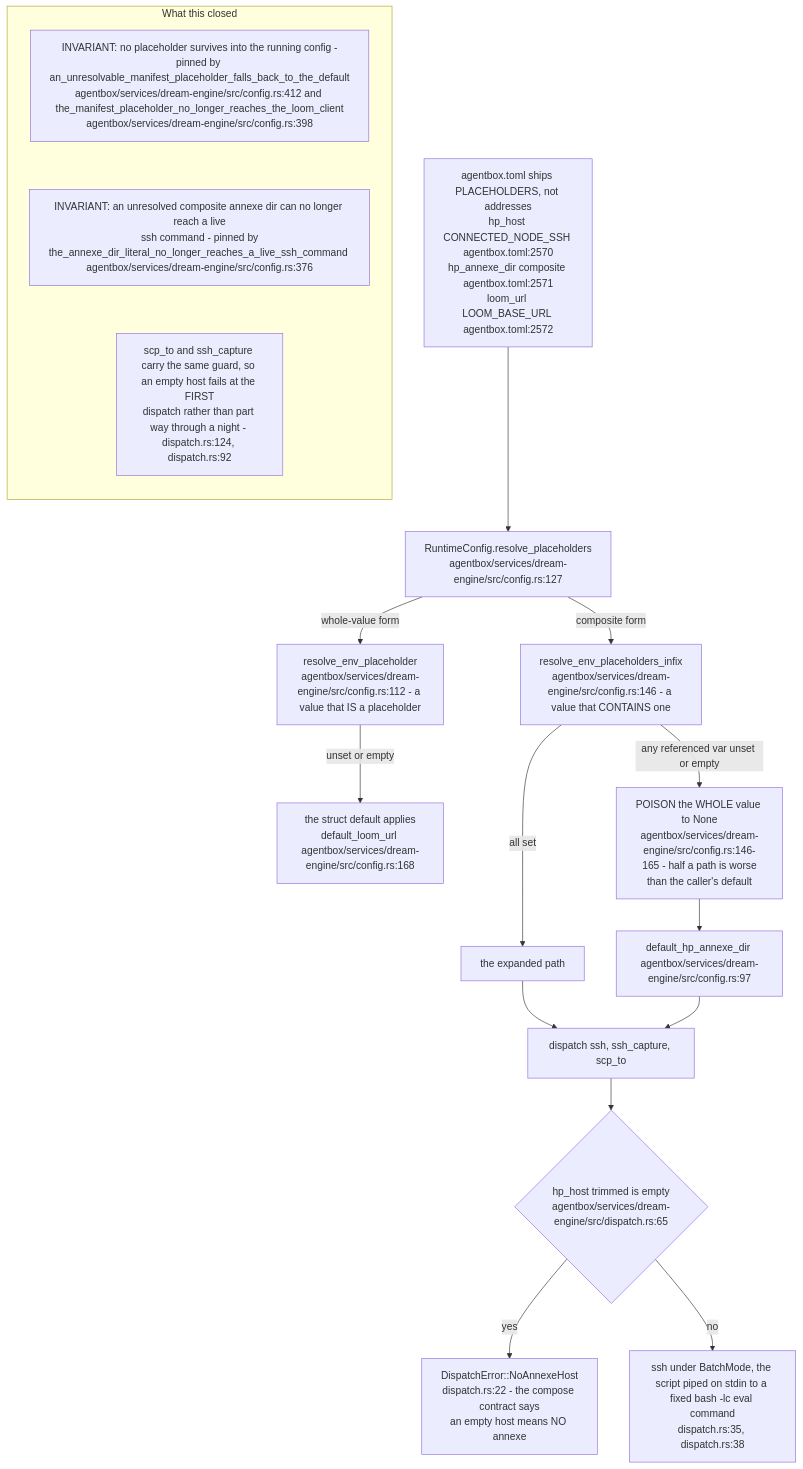
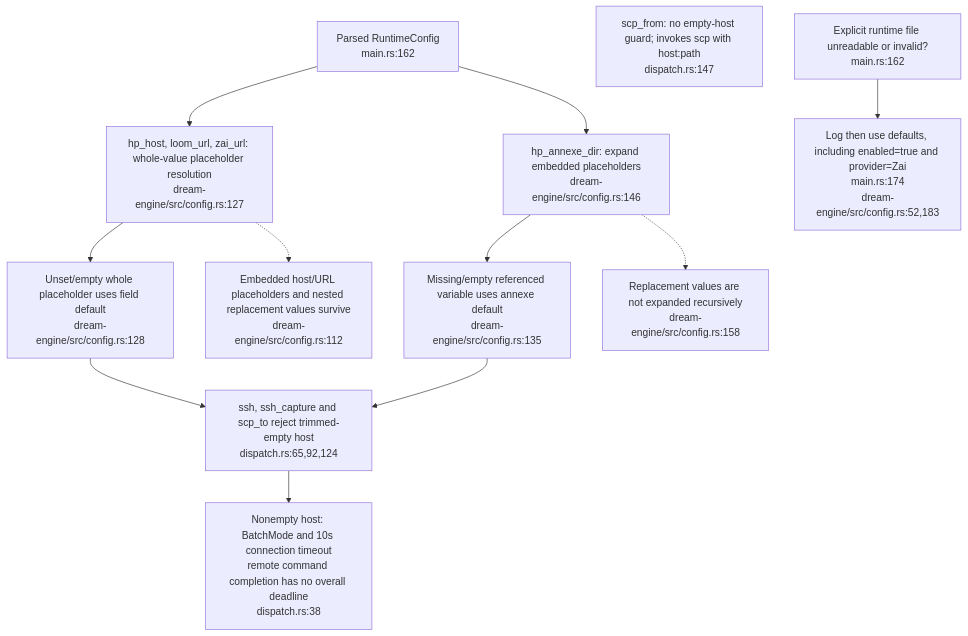
Diagram 16 of 22 in docs/diagrams/agentbox/23-dream-engine.md (DreamLab-AI/VisionFlow), drawn with Mermaid before and after one commit. The commit also changed other lines of this file and 22 other files, not shown here.

Commit message:
docs: audit dream adapter controls and provider fallback

````diff
--- a/docs/diagrams/agentbox/23-dream-engine.md
+++ b/docs/diagrams/agentbox/23-dream-engine.md
@@ -772,23 +668,16 @@
 ```mermaid
 flowchart TB
-    TOML["agentbox.toml ships PLACEHOLDERS, not addresses<br/>hp_host CONNECTED_NODE_SSH agentbox.toml:2570<br/>hp_annexe_dir composite agentbox.toml:2571<br/>loom_url LOOM_BASE_URL agentbox.toml:2572"]
-    TOML --> RP["RuntimeConfig.resolve_placeholders<br/>agentbox/services/dream-engine/src/config.rs:127"]
-    RP -->|"whole-value form"| W["resolve_env_placeholder<br/>agentbox/services/dream-engine/src/config.rs:112 - a value that IS a placeholder"]
-    RP -->|"composite form"| I["resolve_env_placeholders_infix<br/>agentbox/services/dream-engine/src/config.rs:146 - a value that CONTAINS one"]
-    W -->|"unset or empty"| D1["the struct default applies<br/>default_loom_url agentbox/services/dream-engine/src/config.rs:168"]
-    I -->|"any referenced var unset or empty"| D2["POISON the WHOLE value to None<br/>agentbox/services/dream-engine/src/config.rs:146-165 - half a path is worse<br/>than the caller's default"]
-    D2 --> D3["default_hp_annexe_dir agentbox/services/dream-engine/src/config.rs:97"]
-    I -->|"all set"| OK["the expanded path"]
-    OK --> DISP["dispatch ssh, ssh_capture, scp_to"]
-    D3 --> DISP
-    DISP --> GUARD{"hp_host trimmed is empty<br/>agentbox/services/dream-engine/src/dispatch.rs:65"}
-    GUARD -->|"yes"| NAH["DispatchError::NoAnnexeHost<br/>dispatch.rs:22 - the compose contract says<br/>an empty host means NO annexe"]
-    GUARD -->|"no"| SSH["ssh under BatchMode, the script piped on stdin to a fixed bash -lc eval command<br/>dispatch.rs:35, dispatch.rs:38"]
-    subgraph notes["What this closed"]
-        direction TB
-        N1["INVARIANT: no placeholder survives into the running config -<br/>pinned by an_unresolvable_manifest_placeholder_falls_back_to_the_default<br/>agentbox/services/dream-engine/src/config.rs:412 and the_manifest_placeholder_no_longer_reaches_the_loom_client<br/>agentbox/services/dream-engine/src/config.rs:398"]
-        N2["INVARIANT: an unresolved composite annexe dir can no longer reach a live<br/>ssh command - pinned by<br/>the_annexe_dir_literal_no_longer_reaches_a_live_ssh_command agentbox/services/dream-engine/src/config.rs:376"]
-        N3["scp_to and ssh_capture carry the same guard, so an empty host fails at the FIRST<br/>dispatch rather than part way through a night - dispatch.rs:124, dispatch.rs:92"]
-        N1 ~~~ N2 ~~~ N3
-    end
+    INPUT["Parsed RuntimeConfig<br/>main.rs:162"]
+    INPUT --> WHOLE["hp_host, loom_url, zai_url: whole-value placeholder resolution<br/>dream-engine/src/config.rs:127"]
+    INPUT --> INFIX["hp_annexe_dir: expand embedded placeholders<br/>dream-engine/src/config.rs:146"]
+    WHOLE --> DEFAULT["Unset/empty whole placeholder uses field default<br/>dream-engine/src/config.rs:128"]
+    INFIX --> DEFAULT2["Missing/empty referenced variable uses annexe default<br/>dream-engine/src/config.rs:135"]
+    WHOLE -.-> REMAIN["Embedded host/URL placeholders and nested replacement values survive<br/>dream-engine/src/config.rs:112"]
+    INFIX -.-> NESTED["Replacement values are not expanded recursively<br/>dream-engine/src/config.rs:158"]
+    DEFAULT --> GUARD["ssh, ssh_capture and scp_to reject trimmed-empty host<br/>dispatch.rs:65,92,124"]
+    DEFAULT2 --> GUARD
+    GUARD --> EXEC["Nonempty host: BatchMode and 10s connection timeout<br/>remote command completion has no overall deadline<br/>dispatch.rs:38"]
+    FROM["scp_from: no empty-host guard; invokes scp with host:path<br/>dispatch.rs:147"]
+    BAD["Explicit runtime file unreadable or invalid?<br/>main.rs:162"]
+    BAD --> FALL["Log then use defaults, including enabled=true and provider=Zai<br/>main.rs:174<br/>dream-engine/src/config.rs:52,183"]
 ```
````
